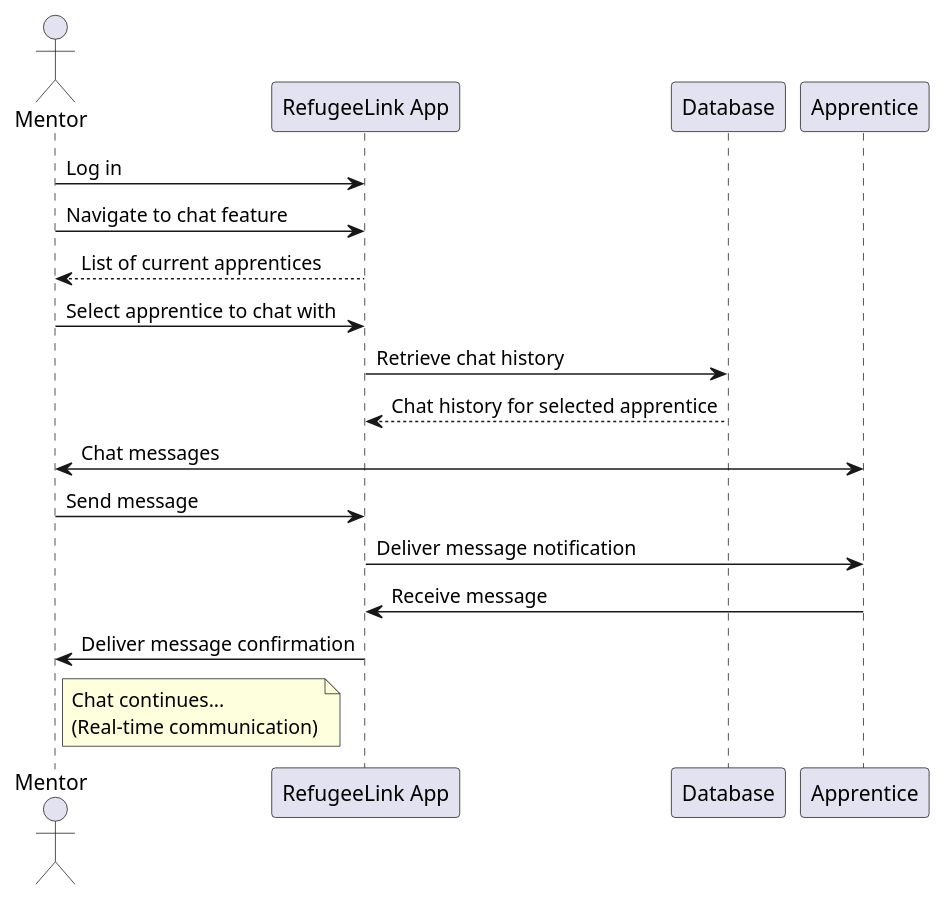
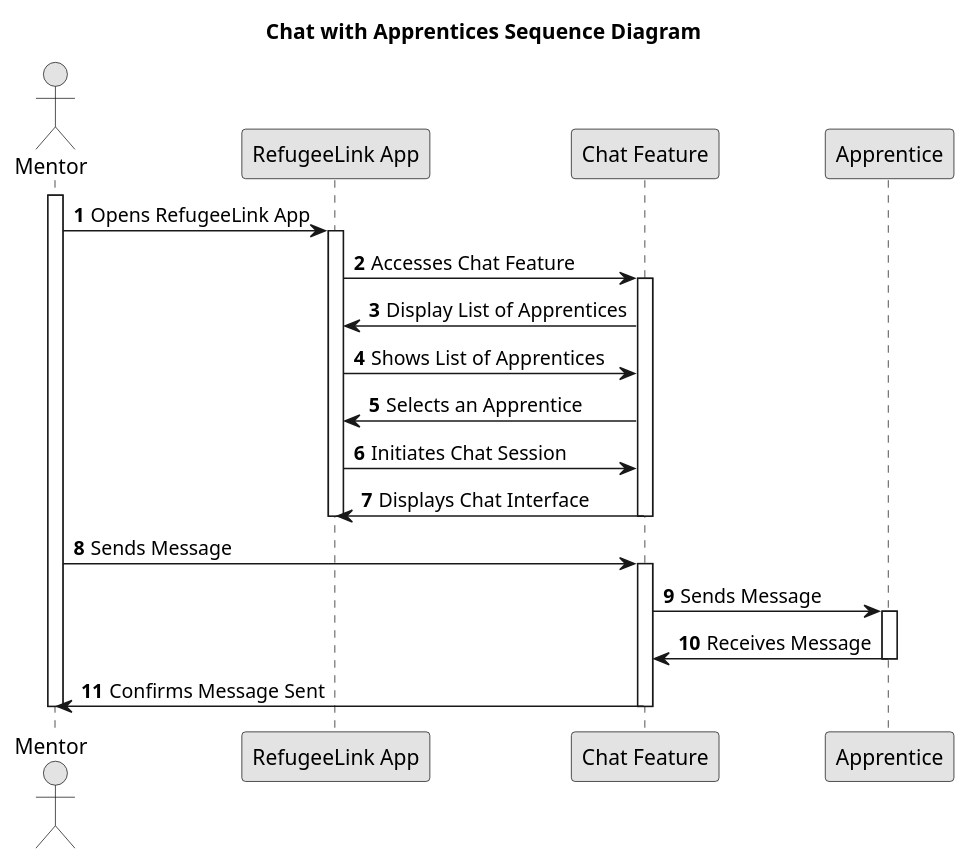
Before and after one commit to kanzodotjava/RefugeeLINK: the diagram in Doc/use-Cases/uc042/sequenceDiagram/sequenceDiagram042.puml, drawn with PlantUML. The commit also changed 25 other files, not shown here.

Commit message:
updates diagrams and a refugee controller

```diff
--- a/Doc/use-Cases/uc042/sequenceDiagram/sequenceDiagram042.puml
+++ b/Doc/use-Cases/uc042/sequenceDiagram/sequenceDiagram042.puml
@@ -1,21 +1,39 @@
 @startuml
+skinparam monochrome true
+skinparam packageStyle rectangle
+skinparam shadowing false
+
+title Chat with Apprentices Sequence Diagram
+
+autonumber
 
 actor Mentor
-participant RefugeeLink as "RefugeeLink App"
-participant Database as "Database"
-participant Apprentice as "Apprentice"
+participant "RefugeeLink App" as app
+participant "Chat Feature" as chat
+participant "Apprentice" as apprentice
 
-Mentor -> RefugeeLink: Log in
-Mentor -> RefugeeLink: Navigate to chat feature
-RefugeeLink --> Mentor: List of current apprentices
-Mentor -> RefugeeLink: Select apprentice to chat with
-RefugeeLink -> Database: Retrieve chat history
-Database --> RefugeeLink: Chat history for selected apprentice
-Mentor <-> Apprentice: Chat messages
-Mentor -> RefugeeLink: Send message
-RefugeeLink -> Apprentice: Deliver message notification
-Apprentice -> RefugeeLink: Receive message
-RefugeeLink -> Mentor: Deliver message confirmation
-Note right of Mentor: Chat continues...\n(Real-time communication)
+activate Mentor
 
+Mentor -> app : Opens RefugeeLink App
+activate app
+    app -> chat : Accesses Chat Feature
+    activate chat
+        chat -> app : Display List of Apprentices
+        app -> chat : Shows List of Apprentices
+        chat -> app : Selects an Apprentice
+        app -> chat : Initiates Chat Session
+        chat -> app : Displays Chat Interface
+    deactivate chat
+deactivate app
+
+Mentor -> chat : Sends Message
+activate chat
+    chat -> apprentice : Sends Message
+    activate apprentice
+        apprentice -> chat : Receives Message
+    deactivate apprentice
+    chat -> Mentor : Confirms Message Sent
+deactivate chat
+
+deactivate Mentor
 @enduml
```
